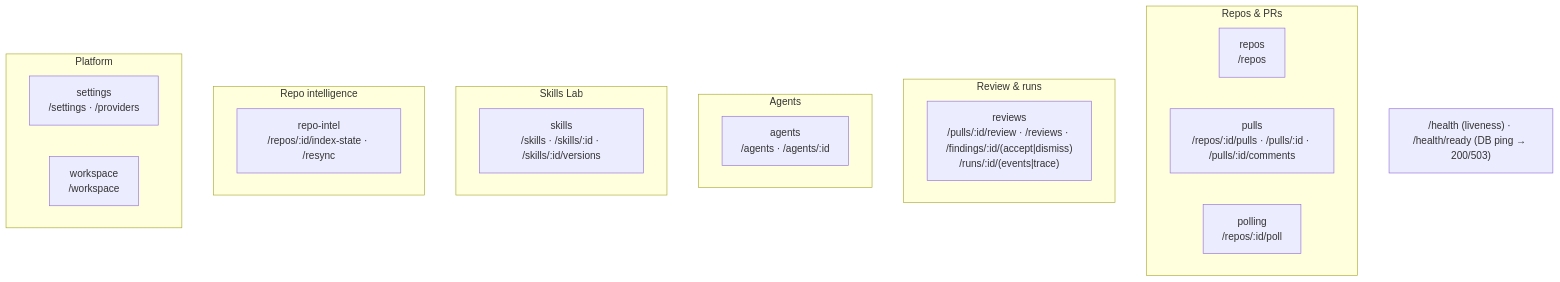
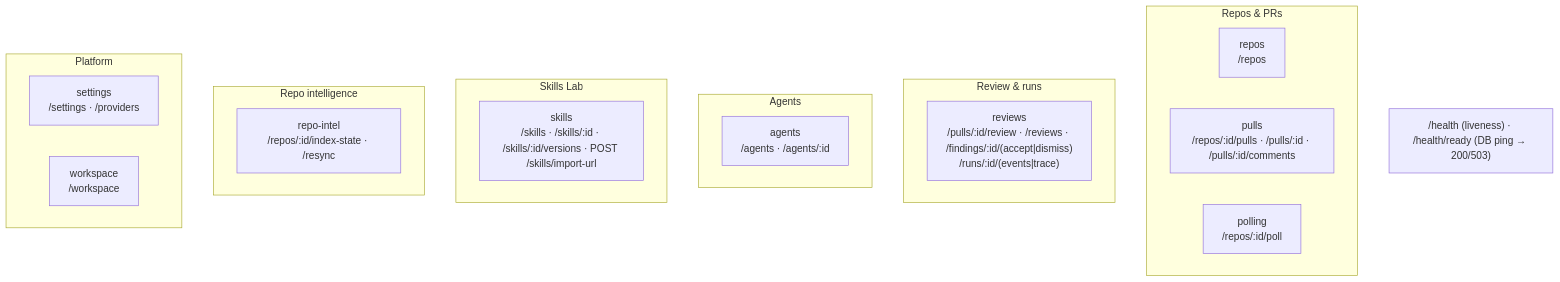
The second of 2 diagrams in server/README.md (neronasee/dev-digest), drawn with Mermaid before and after one commit. The commit also changed 26 other files, not shown here.

First line of the commit message:
feat(skills): import from URL behind a two-level security scan

````diff
--- a/server/README.md
+++ b/server/README.md
@@ -64,25 +64,25 @@
 ```mermaid
 flowchart TB
   subgraph Repos_PRs["Repos & PRs"]
     repos["repos<br/>/repos"]
     pulls["pulls<br/>/repos/:id/pulls · /pulls/:id · /pulls/:id/comments"]
     polling["polling<br/>/repos/:id/poll"]
   end
   subgraph Review["Review & runs"]
     reviews["reviews<br/>/pulls/:id/review · /reviews · /findings/:id/(accept|dismiss)<br/>/runs/:id/(events|trace)"]
   end
   subgraph Agents["Agents"]
     agents["agents<br/>/agents · /agents/:id"]
   end
   subgraph SkillsLab["Skills Lab"]
-    skills["skills<br/>/skills · /skills/:id · /skills/:id/versions"]
+    skills["skills<br/>/skills · /skills/:id · /skills/:id/versions · POST /skills/import-url"]
   end
   subgraph Intel["Repo intelligence"]
     repoIntel["repo-intel<br/>/repos/:id/index-state · /resync"]
   end
   subgraph Platform["Platform"]
     settings["settings<br/>/settings · /providers"]
     workspace["workspace<br/>/workspace"]
   end
   HEALTH["/health (liveness) · /health/ready (DB ping → 200/503)"]
 ```
````
